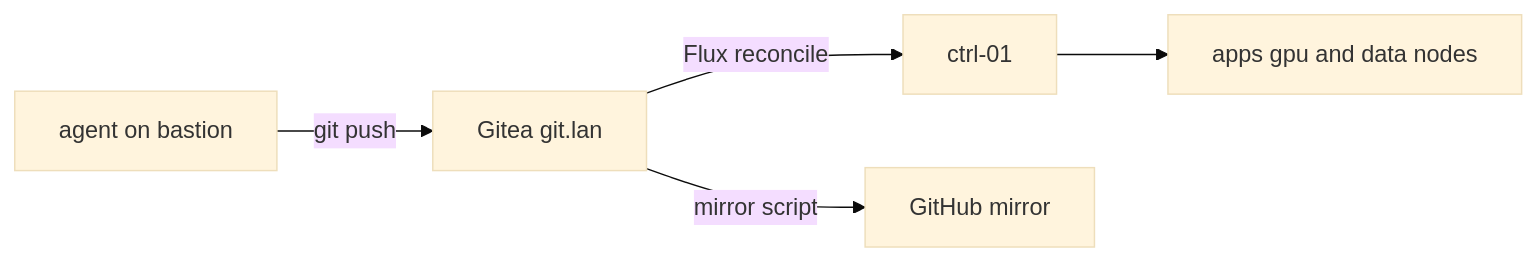
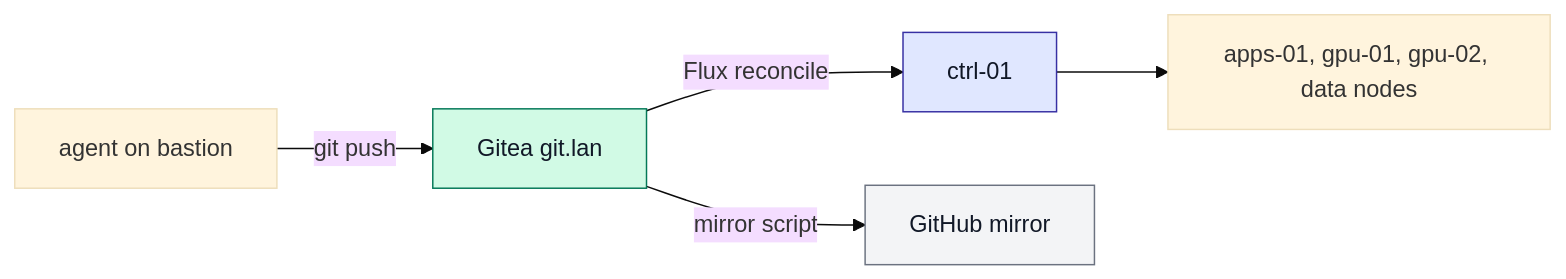
Before and after one commit to gordoncooper/jarvis-cluster: the second of 4 diagrams in README.md, drawn with Mermaid (base theme). The commit also changed other lines of this file, not shown here.

Commit message:
docs: richer architecture README (GitOps + inference path)

````diff
--- a/README.md
+++ b/README.md
@@ -27,7 +44,13 @@
 ```mermaid
 flowchart LR
-  dev["agent on bastion"] -->|"git push"| gitea["Gitea git.lan"]
-  gitea -->|"Flux reconcile"| ctrl["ctrl-01"]
-  ctrl --> workers["apps gpu and data nodes"]
-  gitea -->|"mirror script"| gh["GitHub mirror"]
+  classDef src fill:#d1fae5,stroke:#047857,color:#111827
+  classDef ctrl fill:#e0e7ff,stroke:#3730a3,color:#111827
+  classDef mir fill:#f3f4f6,stroke:#6b7280,color:#111827
+  Dev["agent on bastion"] -->|"git push"| Gitea["Gitea git.lan"]
+  Gitea -->|"Flux reconcile"| Ctrl["ctrl-01"]
+  Ctrl --> Workers["apps-01, gpu-01, gpu-02, data nodes"]
+  Gitea -->|"mirror script"| GH["GitHub mirror"]
+  class Gitea src
+  class Ctrl ctrl
+  class GH mir
 ```
````
